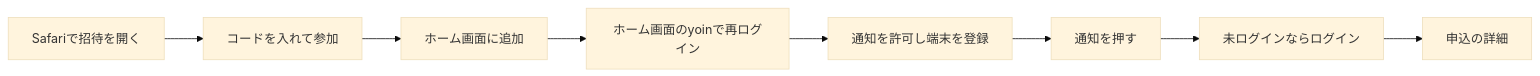
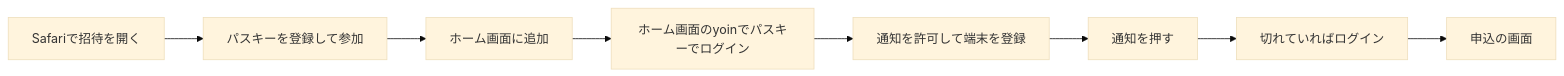
The fourth of 6 diagrams in docs/designs/first-slice.md (oze-xxbumpxx/yoin), drawn with Mermaid (base theme) before and after one commit. The commit also changed other lines of this file and 4 other files, not shown here.

````diff
--- a/docs/designs/first-slice.md
+++ b/docs/designs/first-slice.md
@@ -184,6 +229,6 @@
 ```mermaid
 flowchart LR
-    A["Safariで招待を開く"] --> B["コードを入れて参加"] --> C["ホーム画面に追加"]
-    C --> D["ホーム画面のyoinで再ログイン"] --> E["通知を許可し端末を登録"]
-    E --> F["通知を押す"] --> G["未ログインならログイン"] --> H["申込の詳細"]
+  A["Safariで招待を開く"] --> B["パスキーを登録して参加"] --> C["ホーム画面に追加"]
+  C --> D["ホーム画面のyoinでパスキーでログイン"] --> E["通知を許可して端末を登録"]
+  E --> F["通知を押す"] --> G["切れていればログイン"] --> H["申込の画面"]
 ```
````
